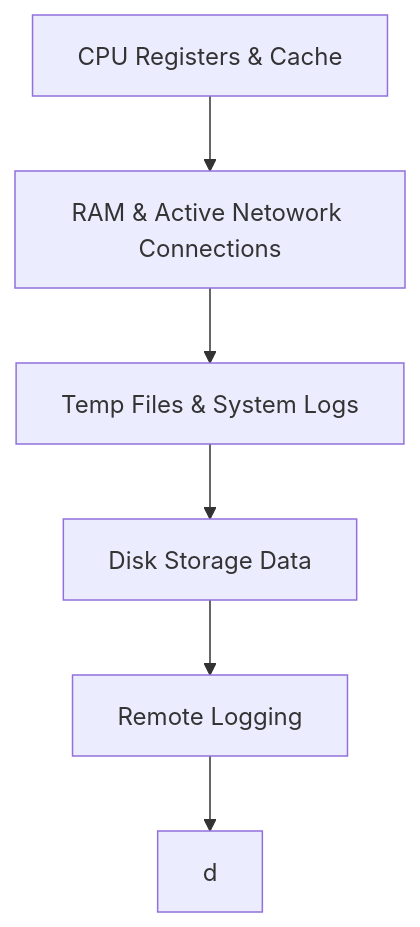
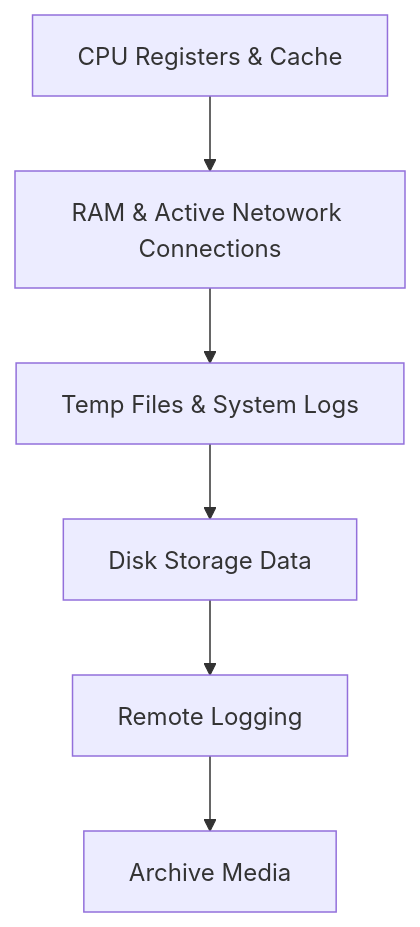
One commit to luke-mckeever/Cyber_Vault changed the diagram in Knowledge Articles/DF Notes.md. Above: the diagram before and after it, drawn with Mermaid.

Commit message:
Update DF Notes.md

````diff
--- a/Knowledge Articles/DF Notes.md
+++ b/Knowledge Articles/DF Notes.md
@@ -16,8 +16,8 @@
 ```mermaid
 graph TD
 	A[CPU Registers & Cache] --> B[RAM & Active Netowork Connections]
 	B --> C[Temp Files & System Logs]
 	C --> D[Disk Storage Data]
 	D --> E[Remote Logging]
-	E --> F[d]
+	E --> F[Archive Media]
 ```
````
